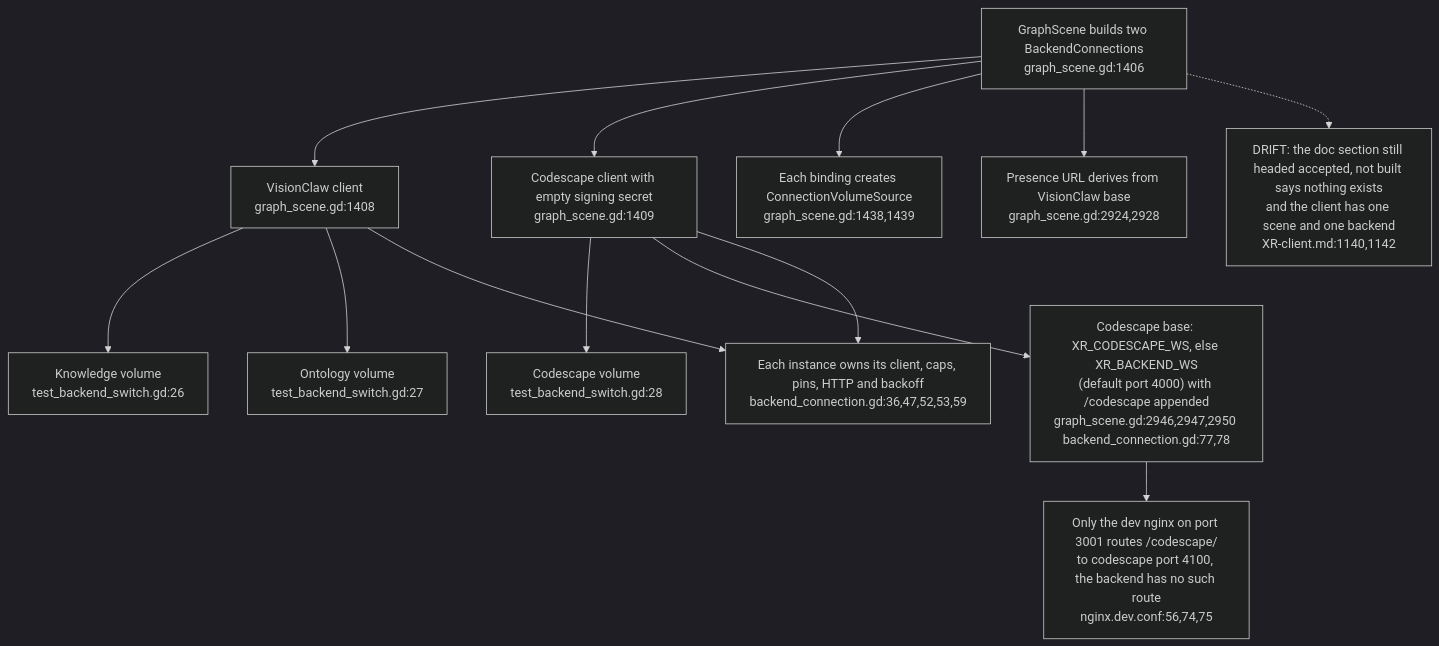
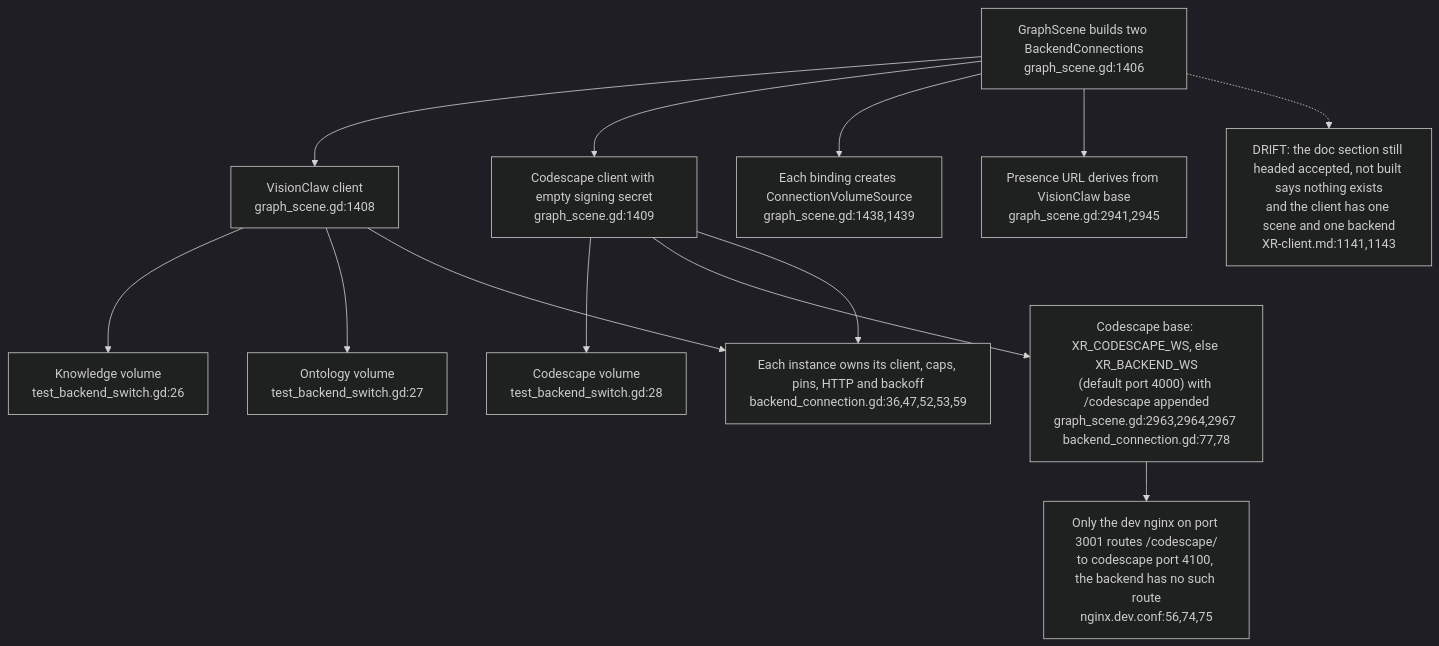
One commit to DreamLab-AI/VisionFlow changed the first of 3 diagrams in docs/diagrams/visionclaw/44-xr-concurrent-backend-connections.md. Above: the diagram before and after it, drawn with Mermaid (dark theme). The commit also changed other lines of this file and 49 other files, not shown here.

First line of the commit message:
docs(diagrams): re-derive and re-stamp VisionClaw, estate, knowledge-graph, visionGraph, VisionFlow and sidestr topics

````diff
--- a/docs/diagrams/visionclaw/44-xr-concurrent-backend-connections.md
+++ b/docs/diagrams/visionclaw/44-xr-concurrent-backend-connections.md
@@ -31,15 +31,15 @@
 ```mermaid
 flowchart TD
     SC["GraphScene builds two BackendConnections<br/>graph_scene.gd:1406"] --> VC["VisionClaw client<br/>graph_scene.gd:1408"]
     SC --> CS["Codescape client with empty signing secret<br/>graph_scene.gd:1409"]
     VC --> K["Knowledge volume<br/>test_backend_switch.gd:26"]
     VC --> O["Ontology volume<br/>test_backend_switch.gd:27"]
     CS --> C["Codescape volume<br/>test_backend_switch.gd:28"]
     SC --> SRC["Each binding creates ConnectionVolumeSource<br/>graph_scene.gd:1438,1439"]
-    SC --> PR["Presence URL derives from VisionClaw base<br/>graph_scene.gd:2924,2928"]
-    CS --> CSB["Codescape base: XR_CODESCAPE_WS, else XR_BACKEND_WS<br/>(default port 4000) with /codescape appended<br/>graph_scene.gd:2946,2947,2950 backend_connection.gd:77,78"]
+    SC --> PR["Presence URL derives from VisionClaw base<br/>graph_scene.gd:2941,2945"]
+    CS --> CSB["Codescape base: XR_CODESCAPE_WS, else XR_BACKEND_WS<br/>(default port 4000) with /codescape appended<br/>graph_scene.gd:2963,2964,2967 backend_connection.gd:77,78"]
     CSB --> NGX["Only the dev nginx on port 3001 routes /codescape/<br/>to codescape port 4100, the backend has no such route<br/>nginx.dev.conf:56,74,75"]
     CS --> OWN["Each instance owns its client, caps, pins, HTTP and backoff<br/>backend_connection.gd:36,47,52,53,59"]
     VC --> OWN
-    SC -.-> D44["DRIFT: the doc section still headed accepted, not built says nothing exists<br/>and the client has one scene and one backend<br/>XR-client.md:1140,1142"]
+    SC -.-> D44["DRIFT: the doc section still headed accepted, not built says nothing exists<br/>and the client has one scene and one backend<br/>XR-client.md:1141,1143"]
 ```
````
